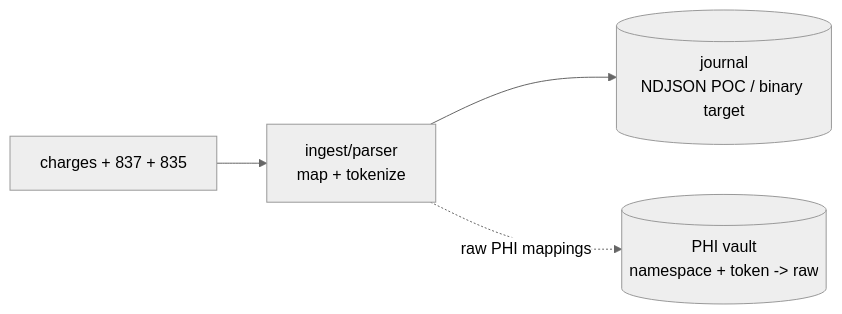
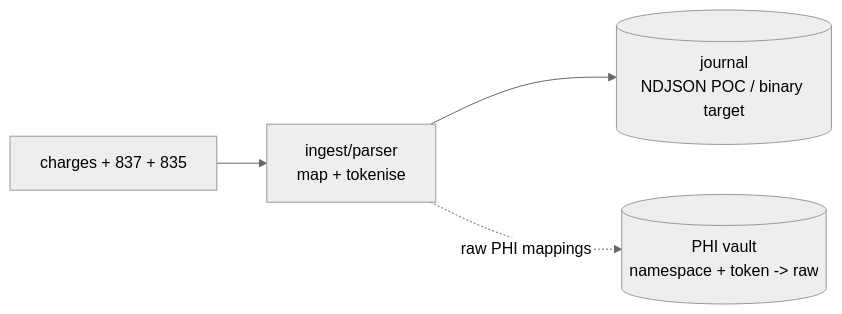
One commit to AlexJReid/scribe changed the first of 2 diagrams in README.md. Above: the diagram before and after it, drawn with Mermaid (neutral theme). The commit also changed other lines of this file and 1 other file, not shown here.

````diff
--- a/README.md
+++ b/README.md
@@ -37,11 +37,11 @@
 ```mermaid
 flowchart LR
     input["charges + 837 + 835"]
-    ingest["ingest/parser<br/>map + tokenize"]
+    ingest["ingest/parser<br/>map + tokenise"]
     journal[("journal<br/>NDJSON POC / binary target")]
     vault[("PHI vault<br/>namespace + token -> raw")]
 
     input --> ingest
     ingest --> journal
     ingest -. raw PHI mappings .-> vault
 ```
````
